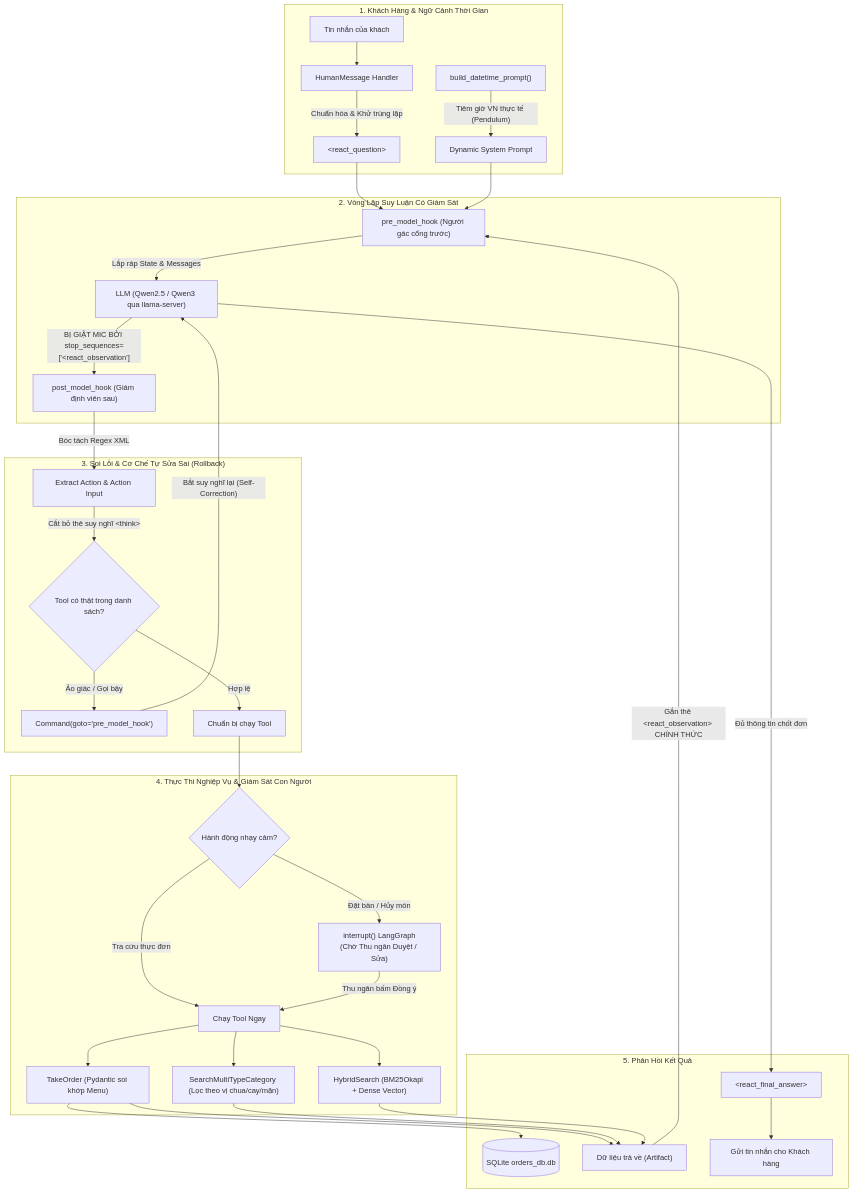
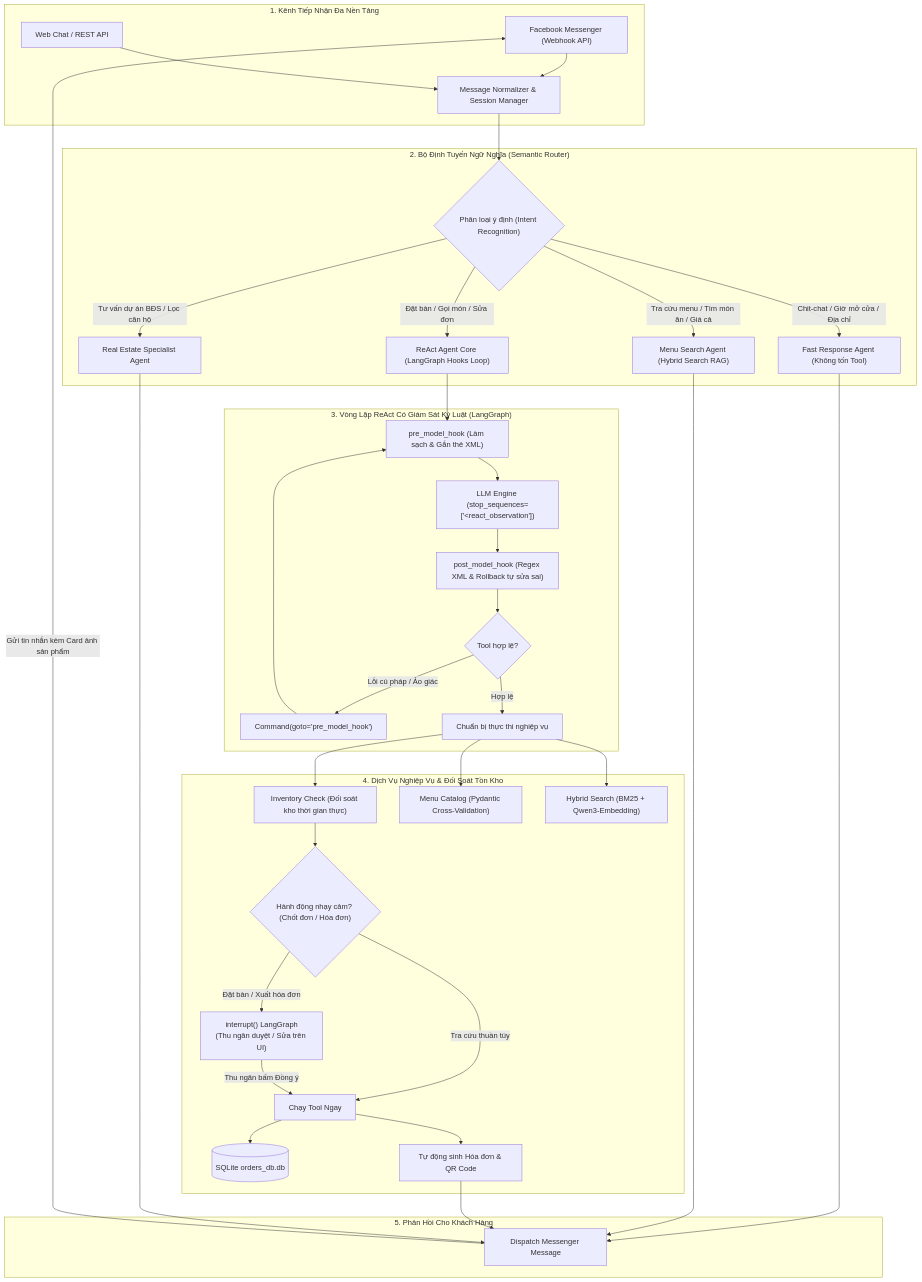
Before and after one commit to vinh-gogo/glory-hinody: the first of 2 diagrams in content/posts/multi-agent-workflow-langraph.md, drawn with Mermaid. The commit also changed other lines of this file and 8 other files, not shown here.

First line of the commit message:
feat(agent & ui): update ReAct agent post with live demos & redesign theme/lang controls

````diff
--- a/content/posts/multi-agent-workflow-langraph.md
+++ b/content/posts/multi-agent-workflow-langraph.md
@@ -56,43 +61,45 @@
 ```mermaid
 flowchart TD
-    subgraph INPUT["1. Khách Hàng & Ngữ Cảnh Thời Gian"]
-        U["Tin nhắn của khách"] --> H1["HumanMessage Handler"]
-        H1 -->|"Chuẩn hóa & Khử trùng lặp"| Q1["&lt;react_question&gt;"]
-        DT["build_datetime_prompt()"] -->|"Tiêm giờ VN thực tế (Pendulum)"| SYS["Dynamic System Prompt"]
+    subgraph CHANNEL["1. Kênh Tiếp Nhận Đa Nền Tảng"]
+        FB["Facebook Messenger (Webhook API)"] --> INGEST["Message Normalizer & Session Manager"]
+        WEB["Web Chat / REST API"] --> INGEST
     end
 
-    subgraph LLM_LOOP["2. Vòng Lặp Suy Luận Có Giám Sát"]
-        Q1 --> PRE["pre_model_hook (Người gác cổng trước)"]
-        SYS --> PRE
-        PRE -->|"Lắp ráp State & Messages"| LLM["LLM (Qwen2.5 / Qwen3 qua llama-server)"]
-        LLM -->|"BỊ GIẬT MIC BỞI stop_sequences=['&lt;react_observation']"| POST["post_model_hook (Giám định viên sau)"]
+    subgraph ROUTER["2. Bộ Định Tuyến Ngữ Nghĩa (Semantic Router)"]
+        INGEST --> ROUTE{"Phân loại ý định (Intent Recognition)"}
+        ROUTE -->|"Chit-chat / Giờ mở cửa / Địa chỉ"| FAQ_BOT["Fast Response Agent (Không tốn Tool)"]
+        ROUTE -->|"Tra cứu menu / Tìm món ăn / Giá cả"| RAG_AGENT["Menu Search Agent (Hybrid Search RAG)"]
+        ROUTE -->|"Đặt bàn / Gọi món / Sửa đơn"| REACT_CORE["ReAct Agent Core (LangGraph Hooks Loop)"]
+        ROUTE -->|"Tư vấn dự án BĐS / Lọc căn hộ"| BBD_AGENT["Real Estate Specialist Agent"]
     end
 
-    subgraph VALIDATION["3. Soi Lỗi & Cơ Chế Tự Sửa Sai (Rollback)"]
-        POST -->|"Bóc tách Regex XML"| PARSE["Extract Action & Action Input"]
-        PARSE -->|"Cắt bỏ thẻ suy nghĩ &lt;think&gt;"| CHK{"Tool có thật trong danh sách?"}
-        CHK -->|"Ảo giác / Gọi bậy"| RETRY["Command(goto='pre_model_hook')"]
-        RETRY -->|"Bắt suy nghĩ lại (Self-Correction)"| LLM
-        CHK -->|"Hợp lệ"| EXEC["Chuẩn bị chạy Tool"]
+    subgraph REACT_LOOP["3. Vòng Lặp ReAct Có Giám Sát Kỷ Luật (LangGraph)"]
+        REACT_CORE --> PRE["pre_model_hook (Làm sạch & Gắn thẻ XML)"]
+        PRE --> LLM["LLM Engine (stop_sequences=['&lt;react_observation'])"]
+        LLM --> POST["post_model_hook (Regex XML & Rollback tự sửa sai)"]
+        POST --> CHK_TOOL{"Tool hợp lệ?"}
+        CHK_TOOL -->|"Lỗi cú pháp / Ảo giác"| ROLLBACK["Command(goto='pre_model_hook')"]
+        ROLLBACK --> PRE
+        CHK_TOOL -->|"Hợp lệ"| EXEC_TOOL["Chuẩn bị thực thi nghiệp vụ"]
     end
 
-    subgraph TOOLS["4. Thực Thi Nghiệp Vụ & Giám Sát Con Người"]
-        EXEC --> HITL{"Hành động nhạy cảm?"}
-        HITL -->|"Đặt bàn / Hủy món"| INT["interrupt() LangGraph<br/>(Chờ Thu ngân Duyệt / Sửa)"]
-        HITL -->|"Tra cứu thực đơn"| RUN["Chạy Tool Ngay"]
-        INT -->|"Thu ngân bấm Đồng ý"| RUN
-        RUN --> T1["TakeOrder (Pydantic soi khớp Menu)"]
-        RUN --> T2["SearchMultiTypeCategory (Lọc theo vị chua/cay/mặn)"]
-        RUN --> T3["HybridSearch (BM25Okapi + Dense Vector)"]
+    subgraph BACKEND_SERVICES["4. Dịch Vụ Nghiệp Vụ & Đối Soát Tồn Kho"]
+        EXEC_TOOL --> T_INV["Inventory Check (Đối soát kho thời gian thực)"]
+        EXEC_TOOL --> T_MENU["Menu Catalog (Pydantic Cross-Validation)"]
+        EXEC_TOOL --> T_SEARCH["Hybrid Search (BM25 + Qwen3-Embedding)"]
+        T_INV --> HITL{"Hành động nhạy cảm? (Chốt đơn / Hóa đơn)"}
+        HITL -->|"Đặt bàn / Xuất hóa đơn"| INT["interrupt() LangGraph<br/>(Thu ngân duyệt / Sửa trên UI)"]
+        HITL -->|"Tra cứu thuần túy"| RUN_TOOL["Chạy Tool Ngay"]
+        INT -->|"Thu ngân bấm Đồng ý"| RUN_TOOL
+        RUN_TOOL --> DB[("SQLite orders_db.db")]
+        RUN_TOOL --> INVOICE["Tự động sinh Hóa đơn & QR Code"]
     end
 
-    subgraph OUTPUT["5. Phản Hồi Kết Quả"]
-        T1 --> DB[("SQLite orders_db.db")]
-        T1 --> OBS["Dữ liệu trả về (Artifact)"]
-        T2 --> OBS
-        T3 --> OBS
-        OBS -->|"Gắn thẻ &lt;react_observation&gt; CHÍNH THỨC"| PRE
-        LLM -->|"Đủ thông tin chốt đơn"| ANS["&lt;react_final_answer&gt;"]
-        ANS --> USER_OUT["Gửi tin nhắn cho Khách hàng"]
+    subgraph OUT["5. Phản Hồi Cho Khách Hàng"]
+        FAQ_BOT --> DISPATCH["Dispatch Messenger Message"]
+        RAG_AGENT --> DISPATCH
+        INVOICE --> DISPATCH
+        BBD_AGENT --> DISPATCH
+        DISPATCH -->|"Gửi tin nhắn kèm Card ảnh sản phẩm"| FB
     end
 ```
````
